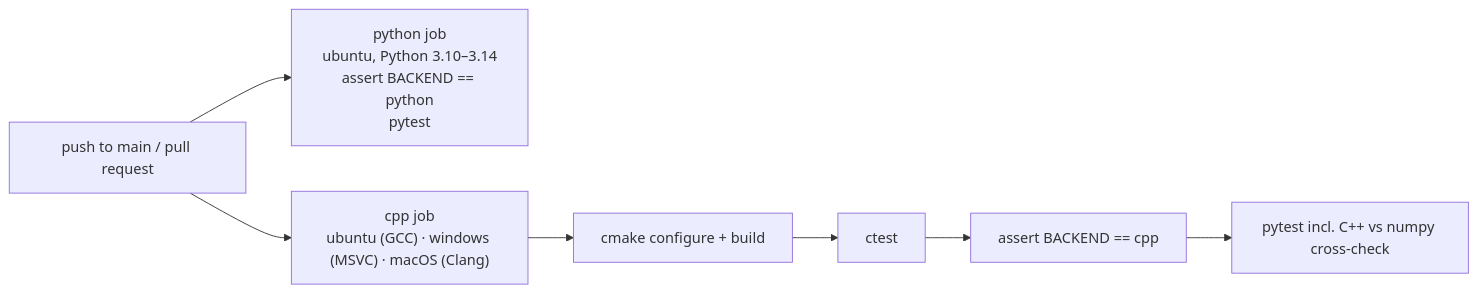
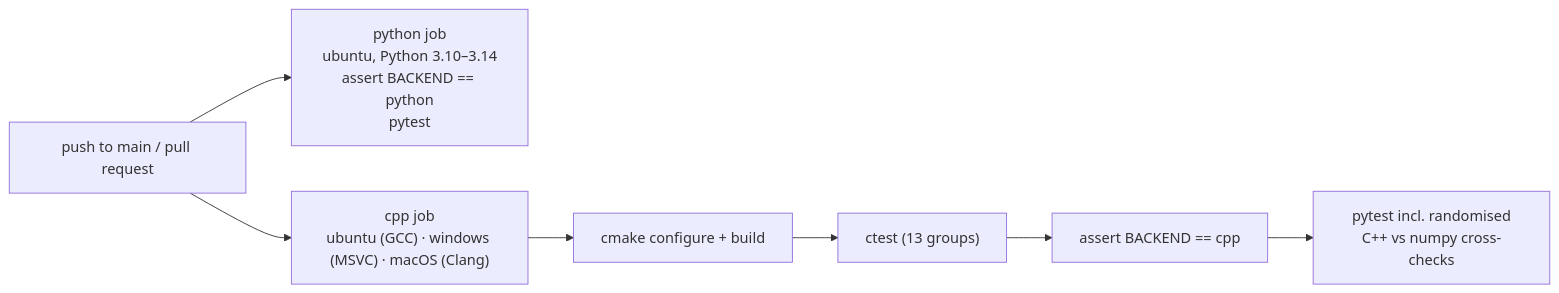
One commit to AshJha0/agentic-trader changed diagram 16 of 16 in docs/DIAGRAMS.md. Above: the diagram before and after it, drawn with Mermaid. The commit also changed other lines of this file and 48 other files, not shown here.

````diff
--- a/docs/DIAGRAMS.md
+++ b/docs/DIAGRAMS.md
@@ -247,9 +381,9 @@
 ```mermaid
 flowchart LR
     P[push to main / pull request] --> PYJ["python job<br/>ubuntu, Python 3.10–3.14<br/>assert BACKEND == python<br/>pytest"]
     P --> CJ["cpp job<br/>ubuntu (GCC) · windows (MSVC) · macOS (Clang)"]
     CJ --> B[cmake configure + build]
-    B --> CT[ctest]
+    B --> CT["ctest (13 groups)"]
     CT --> AS[assert BACKEND == cpp]
-    AS --> PT["pytest incl. C++ vs numpy cross-check"]
+    AS --> PT["pytest incl. randomised<br/>C++ vs numpy cross-checks"]
 ```
````
